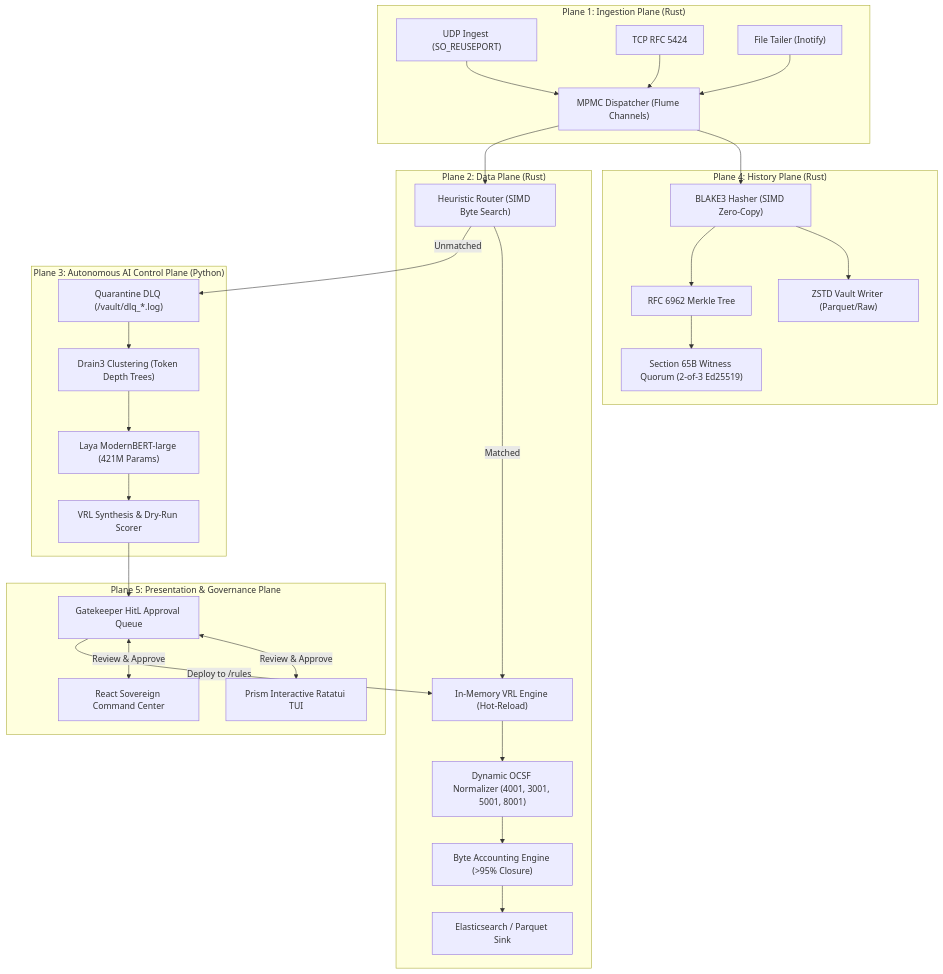
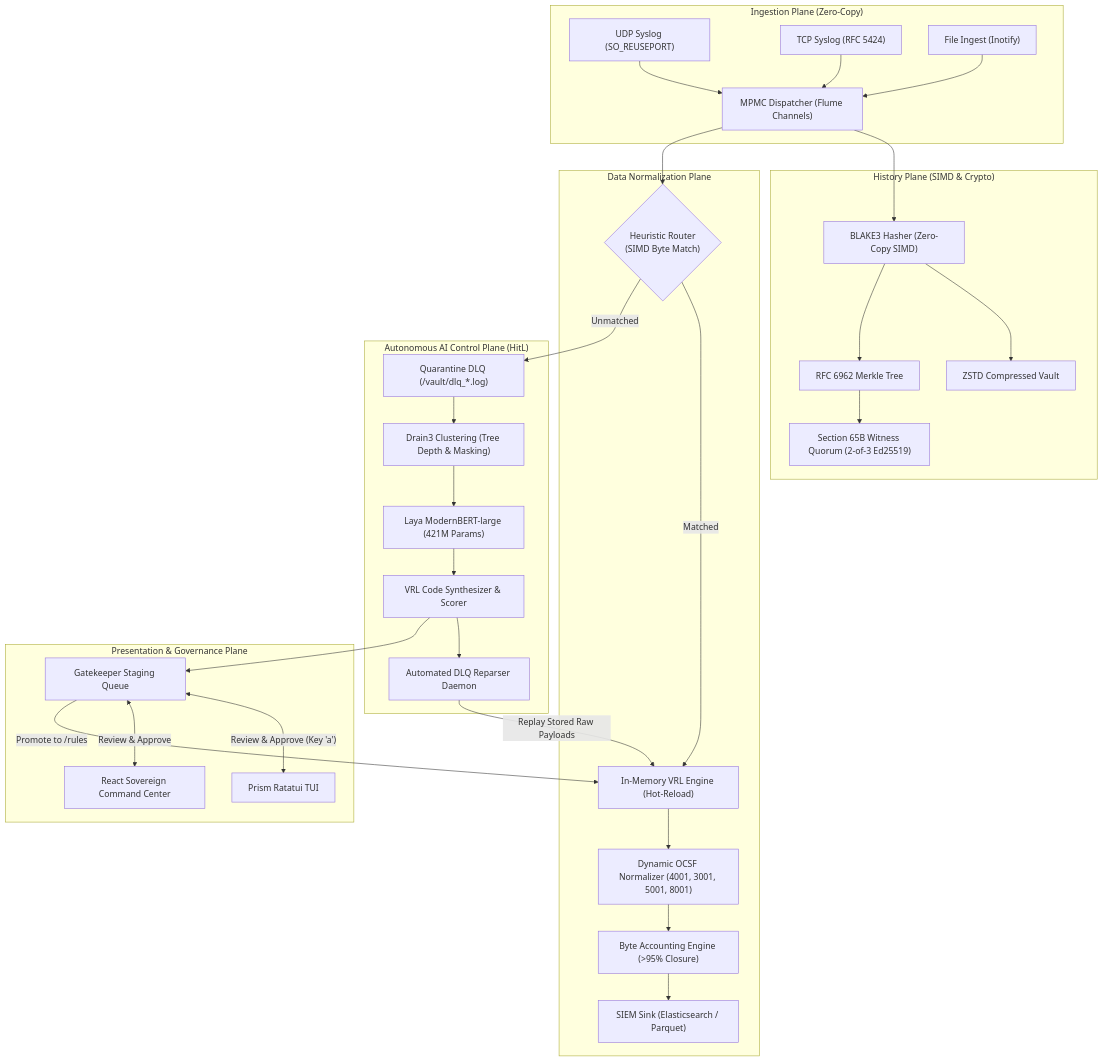
The first of 3 diagrams in docs/ARCHITECTURE.md (Aayushbankar/spectre-prism), drawn with Mermaid before and after one commit. The commit also changed other lines of this file and 23 other files, not shown here.

Commit message:
feat(docs): visual polish - fixed images, added diagrams, updated metrics, polished README

````diff
--- a/docs/ARCHITECTURE.md
+++ b/docs/ARCHITECTURE.md
@@ -5,57 +16,60 @@
 ```mermaid
-graph TB
-    subgraph P1["Plane 1: Ingestion Plane (Rust)"]
-        UDP["UDP Ingest (SO_REUSEPORT)"]
-        TCP["TCP RFC 5424"]
-        FILE["File Tailer (Inotify)"]
+flowchart TD
+    subgraph INGEST["Ingestion Plane (Zero-Copy)"]
+        UDP["UDP Syslog (SO_REUSEPORT)"]
+        TCP["TCP Syslog (RFC 5424)"]
+        FILE["File Ingest (Inotify)"]
         DISPATCH["MPMC Dispatcher (Flume Channels)"]
         UDP --> DISPATCH
         TCP --> DISPATCH
         FILE --> DISPATCH
     end
 
-    subgraph P4["Plane 4: History Plane (Rust)"]
-        BLAKE3["BLAKE3 Hasher (SIMD Zero-Copy)"]
-        VAULT["ZSTD Vault Writer (Parquet/Raw)"]
+    subgraph PROVENANCE["History Plane (SIMD & Crypto)"]
+        BLAKE3["BLAKE3 Hasher (Zero-Copy SIMD)"]
+        VAULT["ZSTD Compressed Vault"]
         MERKLE["RFC 6962 Merkle Tree"]
         WITNESS["Section 65B Witness Quorum (2-of-3 Ed25519)"]
         DISPATCH --> BLAKE3
         BLAKE3 --> VAULT
         BLAKE3 --> MERKLE
         MERKLE --> WITNESS
     end
 
-    subgraph P2["Plane 2: Data Plane (Rust)"]
-        ROUTER["Heuristic Router (SIMD Byte Search)"]
+    subgraph DATAPLANE["Data Normalization Plane"]
+        ROUTER{"Heuristic Router\n(SIMD Byte Match)"}
         VRL["In-Memory VRL Engine (Hot-Reload)"]
         OCSF["Dynamic OCSF Normalizer (4001, 3001, 5001, 8001)"]
         ACCOUNT["Byte Accounting Engine (>95% Closure)"]
-        SINK["Elasticsearch / Parquet Sink"]
+        SINK["SIEM Sink (Elasticsearch / Parquet)"]
         DISPATCH --> ROUTER
         ROUTER -->|Matched| VRL
         VRL --> OCSF
         OCSF --> ACCOUNT
         ACCOUNT --> SINK
     end
 
-    subgraph P3["Plane 3: Autonomous AI Control Plane (Python)"]
+    subgraph CONTROL["Autonomous AI Control Plane (HitL)"]
         DLQ["Quarantine DLQ (/vault/dlq_*.log)"]
-        DRAIN["Drain3 Clustering (Token Depth Trees)"]
+        DRAIN["Drain3 Clustering (Tree Depth & Masking)"]
         LAYA["Laya ModernBERT-large (421M Params)"]
-        GEN["VRL Synthesis & Dry-Run Scorer"]
+        CODER["VRL Code Synthesizer & Scorer"]
+        REPARSER["Automated DLQ Reparser Daemon"]
         ROUTER -->|Unmatched| DLQ
         DLQ --> DRAIN
         DRAIN --> LAYA
-        LAYA --> GEN
+        LAYA --> CODER
+        CODER --> REPARSER
+        REPARSER -->|Replay Stored Raw Payloads| VRL
     end
 
-    subgraph P5["Plane 5: Presentation & Governance Plane"]
-        TUI["Prism Interactive Ratatui TUI"]
+    subgraph PRESENT["Presentation & Governance Plane"]
+        TUI["Prism Ratatui TUI"]
         WEB["React Sovereign Command Center"]
-        HITL["Gatekeeper HitL Approval Queue"]
-        GEN --> HITL
-        HITL <-->|Review & Approve| TUI
-        HITL <-->|Review & Approve| WEB
-        HITL -->|Deploy to /rules| VRL
+        GATEKEEPER["Gatekeeper Staging Queue"]
+        CODER --> GATEKEEPER
+        GATEKEEPER <-->|"Review & Approve (Key 'a')"| TUI
+        GATEKEEPER <-->|Review & Approve| WEB
+        GATEKEEPER -->|Promote to /rules| VRL
     end
 ```
````
